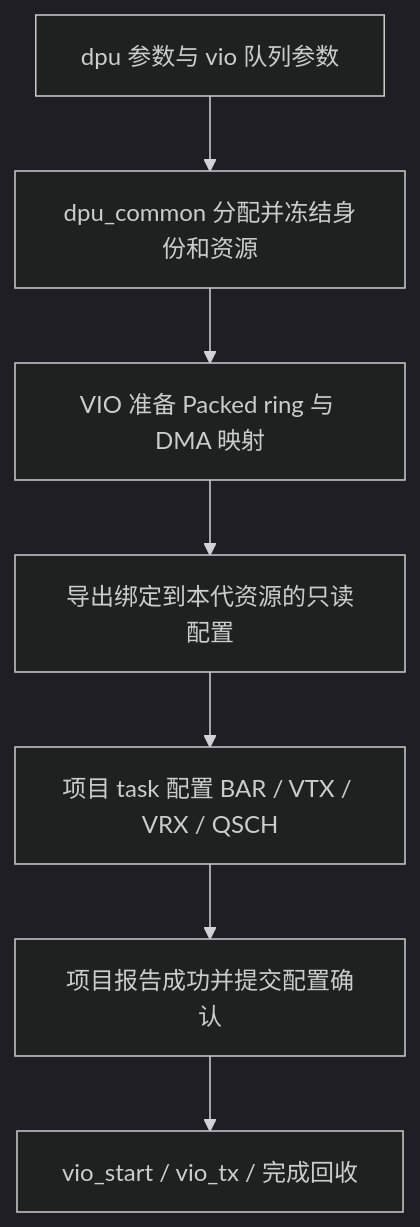
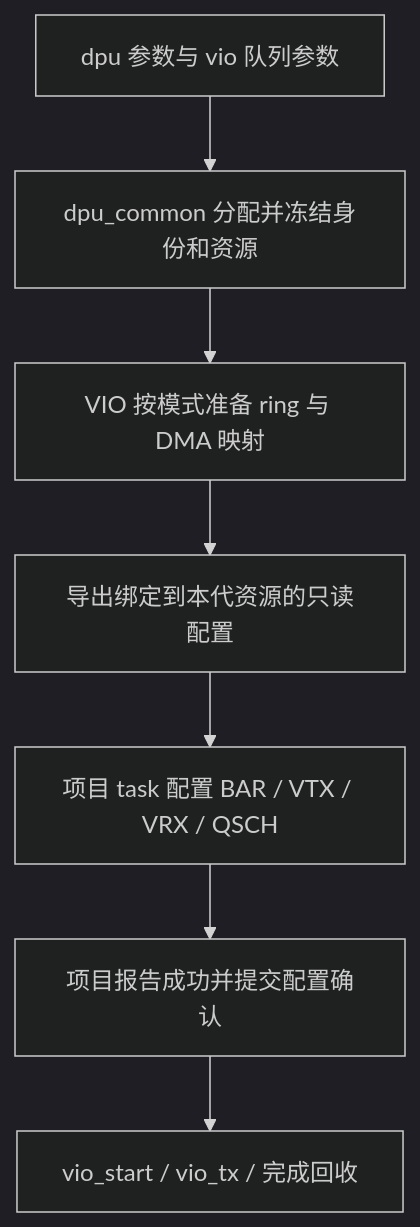
One commit to Beihang-yuting/virtio_work changed the diagram in docs/superpowers/specs/2026-11-07-vio-external-device-configuration-design.md. Above: the diagram before and after it, drawn with Mermaid (dark theme). The commit also changed other lines of this file, not shown here.

Commit message:
docs: include custom queues in external VIO configuration design

````diff
--- a/docs/superpowers/specs/2026-11-07-vio-external-device-configuration-design.md
+++ b/docs/superpowers/specs/2026-11-07-vio-external-device-configuration-design.md
@@ -37,9 +42,9 @@
 ```mermaid
 flowchart TD
     A[dpu 参数与 vio 队列参数] --> B[dpu_common 分配并冻结身份和资源]
-    B --> C[VIO 准备 Packed ring 与 DMA 映射]
+    B --> C[VIO 按模式准备 ring 与 DMA 映射]
     C --> D[导出绑定到本代资源的只读配置]
     D --> E[项目 task 配置 BAR / VTX / VRX / QSCH]
     E --> F[项目报告成功并提交配置确认]
     F --> G[vio_start / vio_tx / 完成回收]
 ```
````
